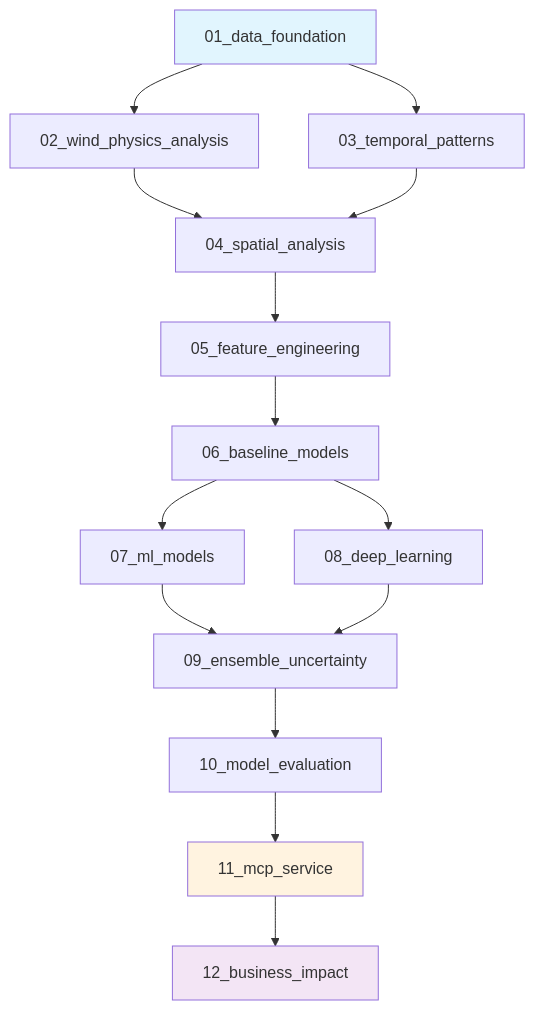
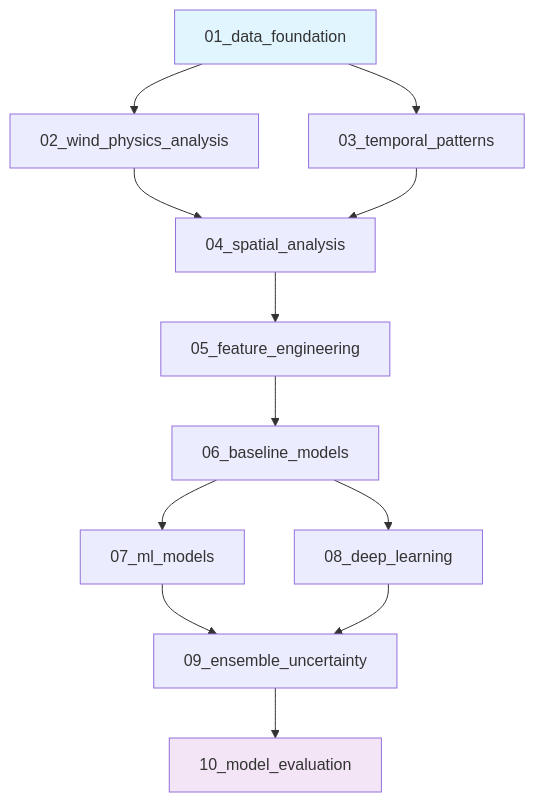
Before and after one commit to snunez1/temus: the diagram in README.md, drawn with Mermaid. The commit also changed other lines of this file, not shown here.

````diff
--- a/README.md
+++ b/README.md
@@ -22,20 +165,17 @@
 ```mermaid
 graph TD
     A[01_data_foundation] --> B[02_wind_physics_analysis]
     A --> C[03_temporal_patterns]
     B --> D[04_spatial_analysis]
     C --> D
     D --> E[05_feature_engineering]
     E --> F[06_baseline_models]
     F --> G[07_ml_models]
     F --> H[08_deep_learning]
     G --> I[09_ensemble_uncertainty]
     H --> I
     I --> J[10_model_evaluation]
-    J --> K[11_mcp_service]
-    K --> L[12_business_impact]
     
     style A fill:#e1f5fe
-    style L fill:#f3e5f5
-    style K fill:#fff3e0
+    style J fill:#f3e5f5
 ```
````
